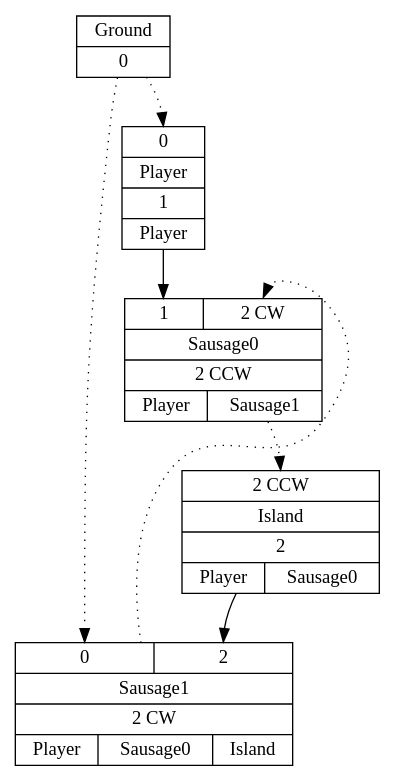
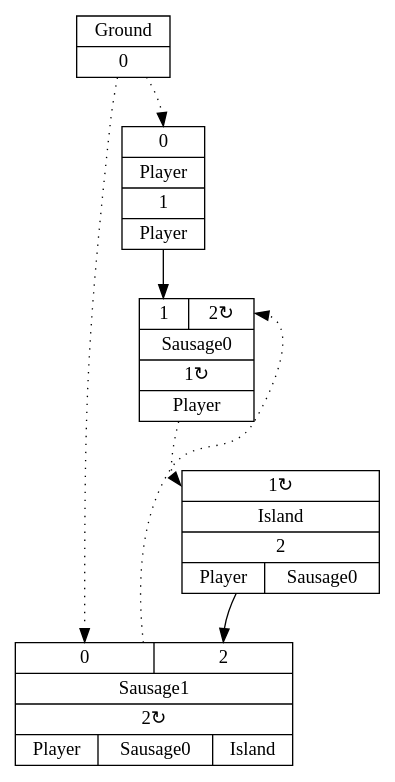
Before and after one commit to increpare/AbstractPropagationSim: the diagram in mid/6/graph_5.gv, drawn with Graphviz. The commit also changed 106 other files, not shown here.

```diff
--- a/mid/6/graph_5.gv
+++ b/mid/6/graph_5.gv
@@ -1,14 +1,14 @@
 digraph G {
 node [shape=record];
 Player[ label ="{{<GroundP>0}|{Player}|<PlayerOUT>1|{Player}}"];
 Ground[ label ="{{Ground}|<GroundOUT>0}"];
-Sausage0[ label ="{{<Player>1|<Sausage1P>2 CW}|{Sausage0}|<Sausage0OUT>2 CCW|{Player|Sausage1}}"];
-Sausage1[ label ="{{<GroundP>0|<Island>2}|{Sausage1}|<Sausage1OUT>2 CW|{Player|Sausage0|Island}}"];
-Island[ label ="{{<Sausage0P>2 CCW}|{Island}|<IslandOUT>2|{Player|Sausage0}}"];
+Sausage0[ label ="{{<Player>1|<Sausage1P>2&#8635;}|{Sausage0}|<Sausage0OUT>1&#8635;|{Player}}"];
+Sausage1[ label ="{{<GroundP>0|<Island>2}|{Sausage1}|<Sausage1OUT>2&#8635;|{Player|Sausage0|Island}}"];
+Island[ label ="{{<Sausage0P>1&#8635;}|{Island}|<IslandOUT>2|{Player|Sausage0}}"];
 	"Ground" -> "Player":GroundP [style=dotted];
 	"Player" -> "Sausage0":Player;
 	"Sausage1" -> "Sausage0":Sausage1P [style=dotted];
 	"Sausage0" -> "Island":Sausage0P [style=dotted];
 	"Ground" -> "Sausage1":GroundP [style=dotted];
 	"Island" -> "Sausage1":Island;
 }
```
